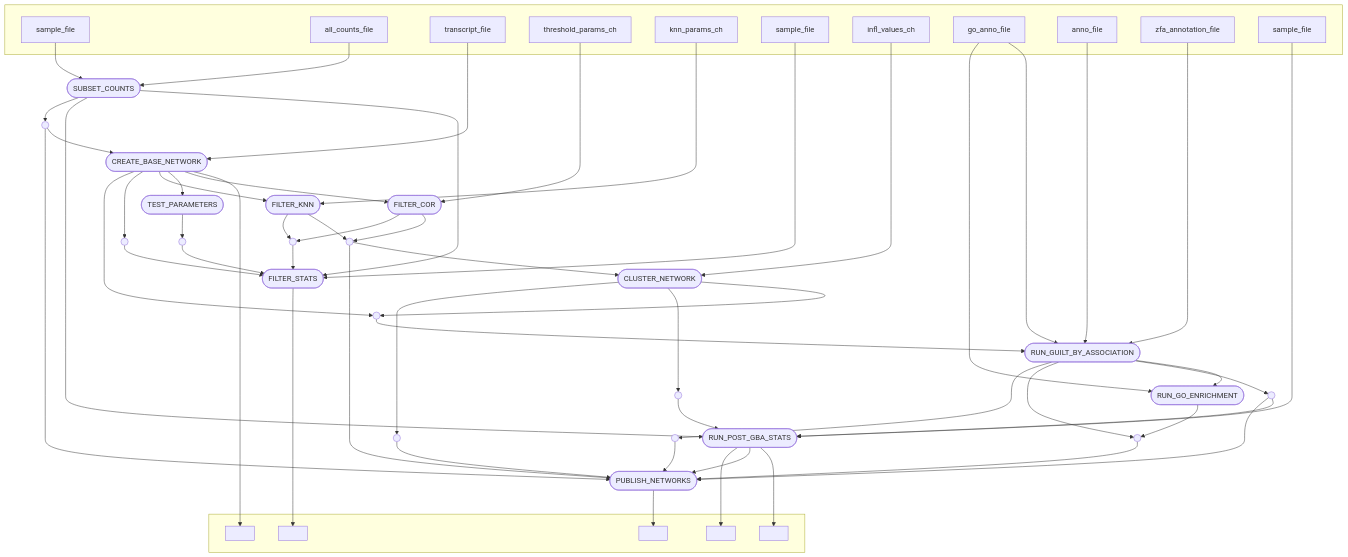
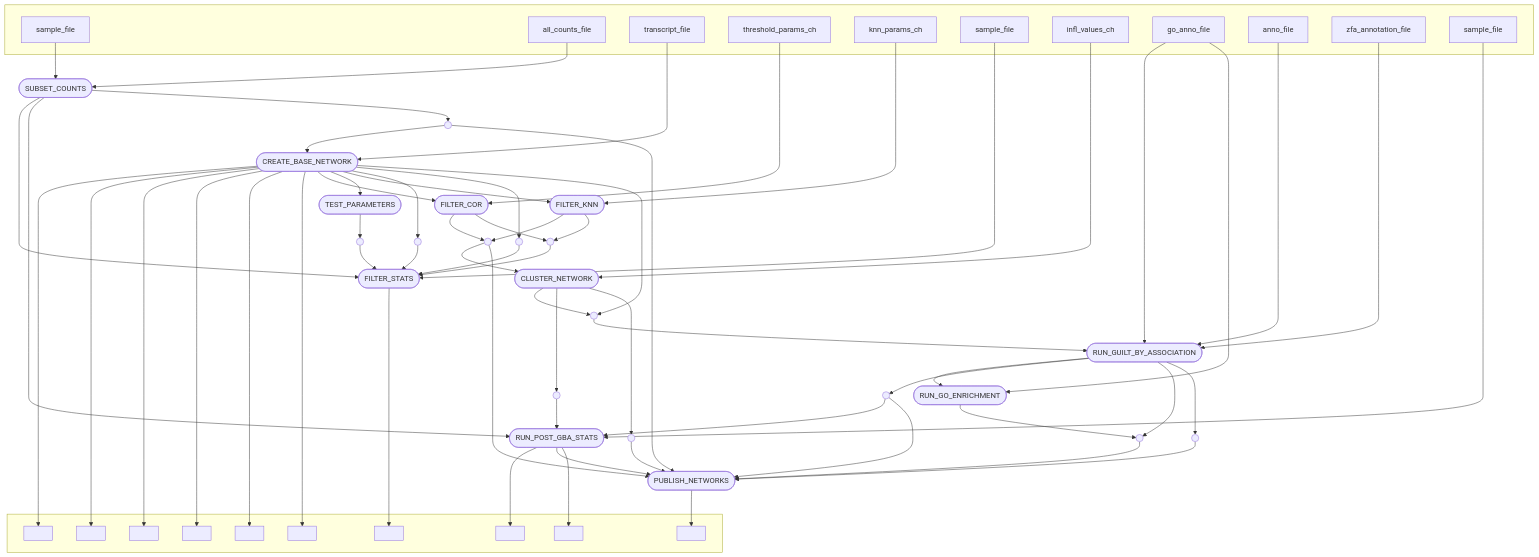
Before and after one commit to richysix/zmp-network: the diagram in docs/README.md, drawn with Mermaid. The commit also changed other lines of this file and 2 other files, not shown here.

````diff
--- a/docs/README.md
+++ b/docs/README.md
@@ -10,95 +305,108 @@
     v0["sample_file"]
     v1["all_counts_file"]
     v8["transcript_file"]
-    v12["threshold_params_ch"]
-    v14["knn_params_ch"]
-    v21["sample_file"]
-    v24["infl_values_ch"]
-    v27["go_anno_file"]
-    v28["anno_file"]
-    v29["zfa_annotation_file"]
-    v33["sample_file"]
+    v17["threshold_params_ch"]
+    v19["knn_params_ch"]
+    v27["sample_file"]
+    v30["infl_values_ch"]
+    v33["go_anno_file"]
+    v34["anno_file"]
+    v35["zfa_annotation_file"]
+    v39["sample_file"]
     end
     v2([SUBSET_COUNTS])
     v9([CREATE_BASE_NETWORK])
     subgraph " "
     v10[" "]
-    v23[" "]
-    v35[" "]
-    v36[" "]
-    v52[" "]
+    v11[" "]
+    v12[" "]
+    v13[" "]
+    v14[" "]
+    v15[" "]
+    v29[" "]
+    v41[" "]
+    v42[" "]
+    v58[" "]
     end
-    v11([TEST_PARAMETERS])
-    v13([FILTER_COR])
-    v15([FILTER_KNN])
-    v22([FILTER_STATS])
-    v25([CLUSTER_NETWORK])
-    v30([RUN_GUILT_BY_ASSOCIATION])
-    v34([RUN_POST_GBA_STATS])
-    v37([RUN_GO_ENRICHMENT])
-    v51([PUBLISH_NETWORKS])
+    v16([TEST_PARAMETERS])
+    v18([FILTER_COR])
+    v20([FILTER_KNN])
+    v28([FILTER_STATS])
+    v31([CLUSTER_NETWORK])
+    v36([RUN_GUILT_BY_ASSOCIATION])
+    v40([RUN_POST_GBA_STATS])
+    v43([RUN_GO_ENRICHMENT])
+    v57([PUBLISH_NETWORKS])
     v3(( ))
-    v16(( ))
-    v17(( ))
-    v19(( ))
-    v20(( ))
+    v21(( ))
+    v22(( ))
+    v24(( ))
+    v25(( ))
     v26(( ))
-    v31(( ))
     v32(( ))
-    v40(( ))
-    v42(( ))
-    v49(( ))
+    v37(( ))
+    v38(( ))
+    v46(( ))
+    v48(( ))
+    v55(( ))
     v0 --> v2
     v1 --> v2
-    v2 --> v22
-    v2 --> v34
+    v2 --> v28
+    v2 --> v40
     v2 --> v3
     v8 --> v9
     v3 --> v9
+    v9 --> v15
+    v9 --> v14
+    v9 --> v13
+    v9 --> v12
+    v9 --> v11
     v9 --> v10
-    v9 --> v13
-    v9 --> v11
-    v9 --> v15
-    v9 --> v19
-    v9 --> v26
-    v11 --> v20
-    v12 --> v13
-    v13 --> v16
-    v13 --> v17
-    v14 --> v15
-    v15 --> v16
-    v15 --> v17
-    v21 --> v22
-    v17 --> v22
-    v19 --> v22
+    v9 --> v18
+    v9 --> v16
+    v9 --> v20
+    v9 --> v24
+    v9 --> v25
+    v9 --> v32
+    v16 --> v26
+    v17 --> v18
+    v18 --> v21
+    v18 --> v22
+    v19 --> v20
+    v20 --> v21
     v20 --> v22
-    v22 --> v23
-    v24 --> v25
-    v16 --> v25
-    v25 --> v26
-    v25 --> v32
-    v25 --> v40
-    v27 --> v30
-    v27 --> v37
-    v28 --> v30
-    v29 --> v30
-    v26 --> v30
-    v30 --> v37
+    v27 --> v28
+    v22 --> v28
+    v24 --> v28
+    v25 --> v28
+    v26 --> v28
+    v28 --> v29
     v30 --> v31
-    v30 --> v42
-    v30 --> v49
-    v33 --> v34
-    v31 --> v34
-    v32 --> v34
+    v21 --> v31
+    v31 --> v32
+    v31 --> v38
+    v31 --> v46
+    v33 --> v36
+    v33 --> v43
     v34 --> v36
-    v34 --> v51
-    v34 --> v35
-    v37 --> v42
-    v3 --> v51
-    v16 --> v51
-    v31 --> v51
-    v40 --> v51
-    v42 --> v51
-    v49 --> v51
-    v51 --> v52
+    v35 --> v36
+    v32 --> v36
+    v36 --> v43
+    v36 --> v37
+    v36 --> v48
+    v36 --> v55
+    v39 --> v40
+    v37 --> v40
+    v38 --> v40
+    v40 --> v42
+    v40 --> v57
+    v40 --> v41
+    v43 --> v48
+    v3 --> v57
+    v21 --> v57
+    v37 --> v57
+    v46 --> v57
+    v48 --> v57
+    v55 --> v57
+    v57 --> v58
 ```
````
